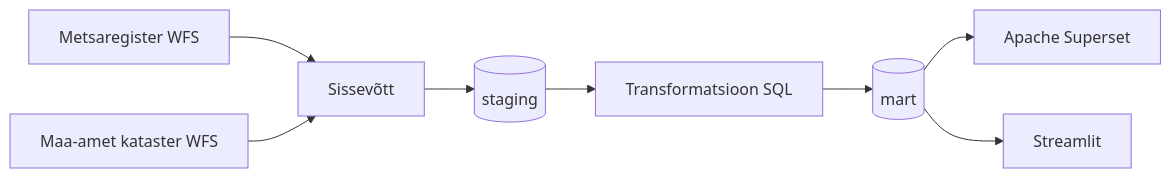
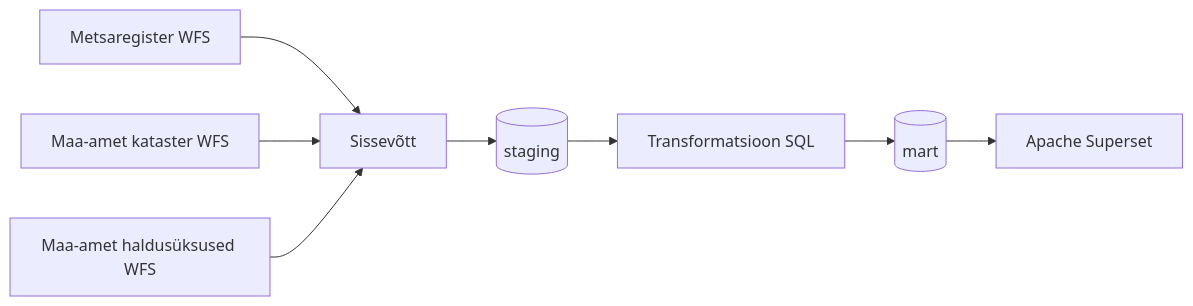
One commit to annibrit/metsateatiste-andmetoru changed the diagram in README.md. Above: the diagram before and after it, drawn with Mermaid. The commit also changed other lines of this file and 2 other files, not shown here.

````diff
--- a/README.md
+++ b/README.md
@@ -15,10 +15,10 @@
 ```mermaid
 flowchart LR
     metsareg[Metsaregister WFS] --> ingest[Sissevõtt]
     kataster[Maa-amet kataster WFS] --> ingest
+    kovwfs[Maa-amet haldusüksused WFS] --> ingest
     ingest --> staging[(staging)]
     staging --> transform[Transformatsioon SQL]
     transform --> mart[(mart)]
     mart --> superset[Apache Superset]
-    mart --> streamlit[Streamlit]
 ```
````
